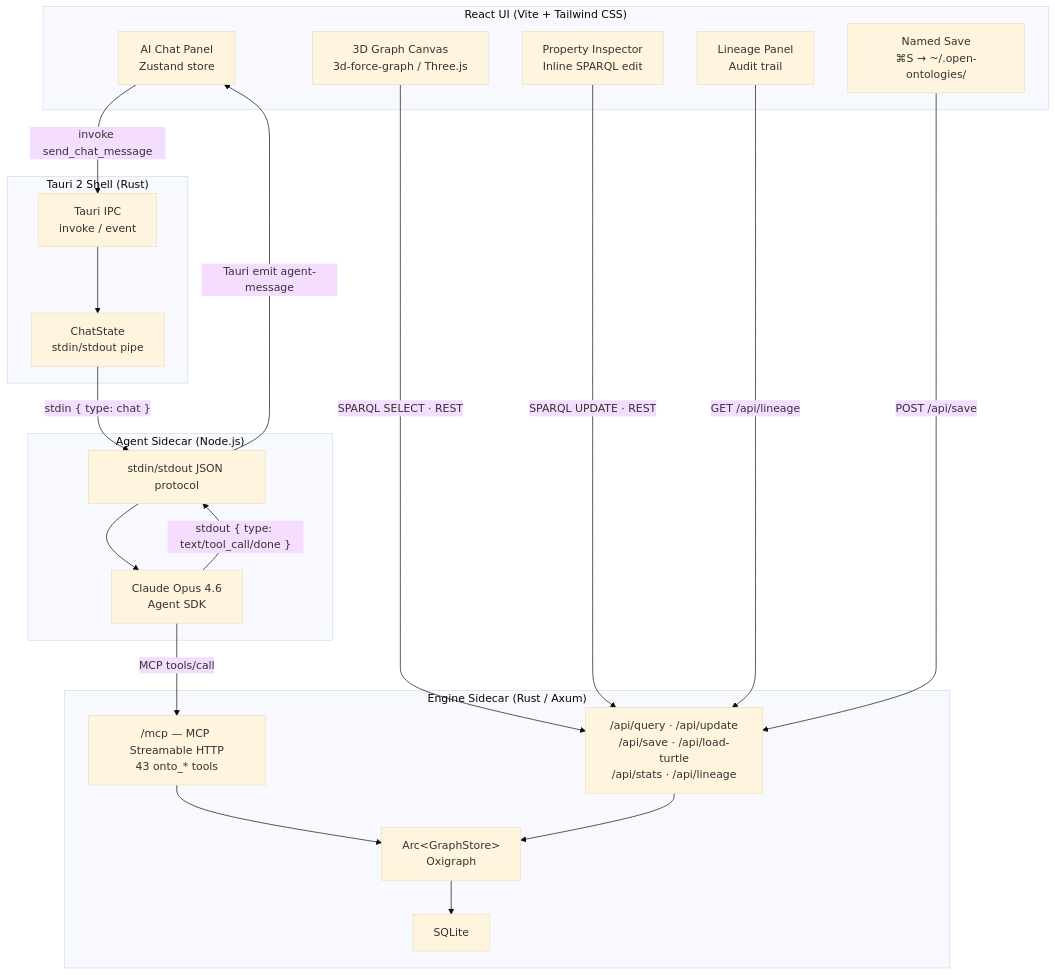
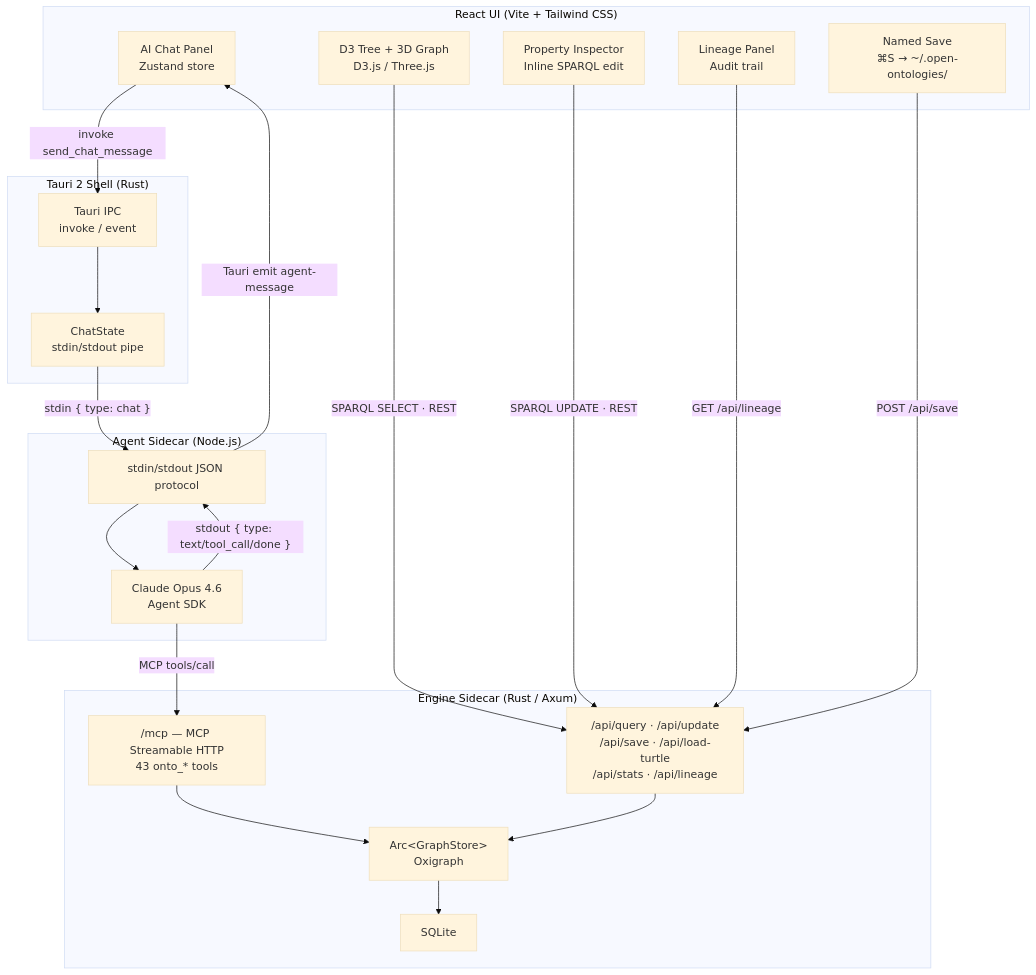
One commit to fabio-rovai/open-ontologies changed the fifth of 5 diagrams in README.md. Above: the diagram before and after it, drawn with Mermaid (base theme). The commit also changed other lines of this file and 5 other files, not shown here.

````diff
--- a/README.md
+++ b/README.md
@@ -690,42 +694,42 @@
 ```mermaid
 flowchart TD
     subgraph UI["React UI (Vite + Tailwind CSS)"]
-        Graph["3D Graph Canvas\n3d-force-graph / Three.js"]
+        Graph["D3 Tree + 3D Graph\nD3.js / Three.js"]
         Chat["AI Chat Panel\nZustand store"]
         Inspector["Property Inspector\nInline SPARQL edit"]
         Lineage["Lineage Panel\nAudit trail"]
         Save["Named Save\n⌘S → ~/.open-ontologies/"]
     end
 
     subgraph Tauri["Tauri 2 Shell (Rust)"]
         IPC["Tauri IPC\ninvoke / event"]
         ChatState["ChatState\nstdin/stdout pipe"]
     end
 
     subgraph Engine["Engine Sidecar (Rust / Axum)"]
         MCP["/mcp — MCP Streamable HTTP\n43 onto_* tools"]
         REST2["/api/query · /api/update\n/api/save · /api/load-turtle\n/api/stats · /api/lineage"]
         Store["Arc&lt;GraphStore&gt;\nOxigraph"]
         DB["SQLite"]
     end
 
     subgraph Agent["Agent Sidecar (Node.js)"]
         SDK["Claude Opus 4.6\nAgent SDK"]
         Proto["stdin/stdout JSON protocol"]
     end
 
     Graph -->|"SPARQL SELECT · REST"| REST2
     Inspector -->|"SPARQL UPDATE · REST"| REST2
     Lineage -->|"GET /api/lineage"| REST2
     Save -->|"POST /api/save"| REST2
     Chat -->|"invoke send_chat_message"| IPC
     IPC --> ChatState
     ChatState -->|"stdin { type: chat }"| Proto
     Proto --> SDK
     SDK -->|"MCP tools/call"| MCP
     SDK -->|"stdout { type: text/tool_call/done }"| Proto
     Proto -->|"Tauri emit agent-message"| Chat
     MCP --> Store
     REST2 --> Store
     Store --> DB
 ```
````
